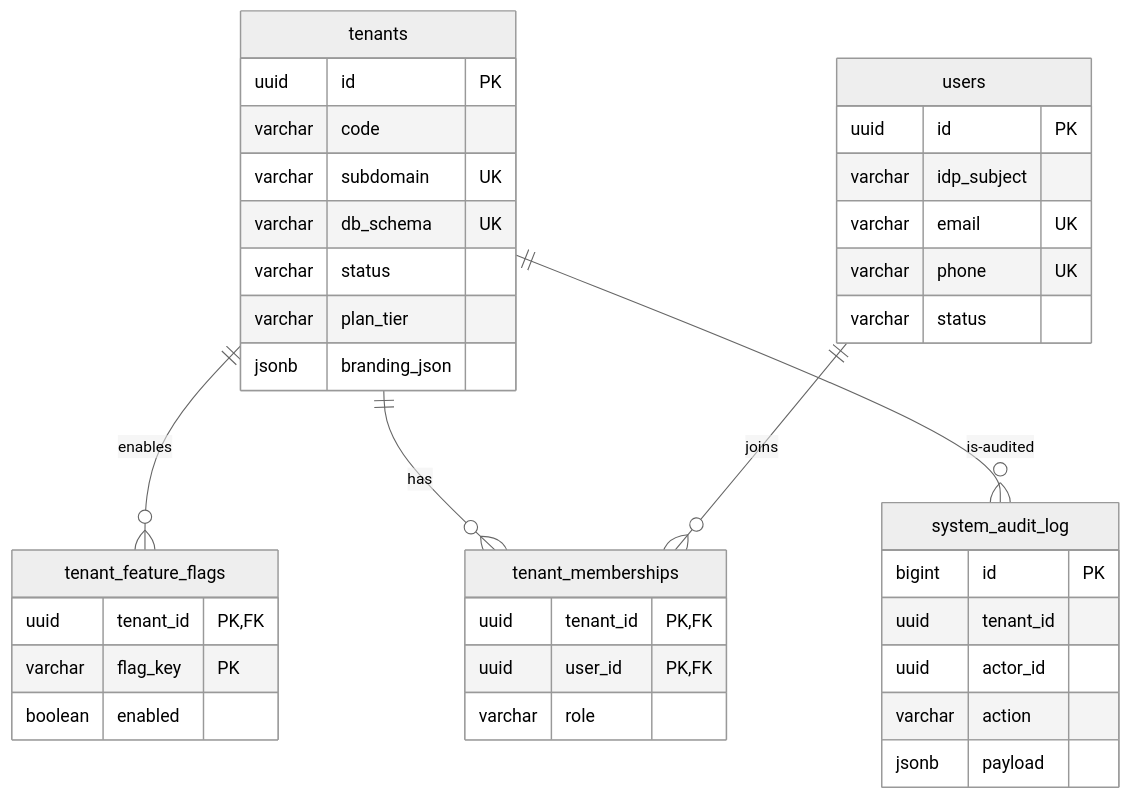
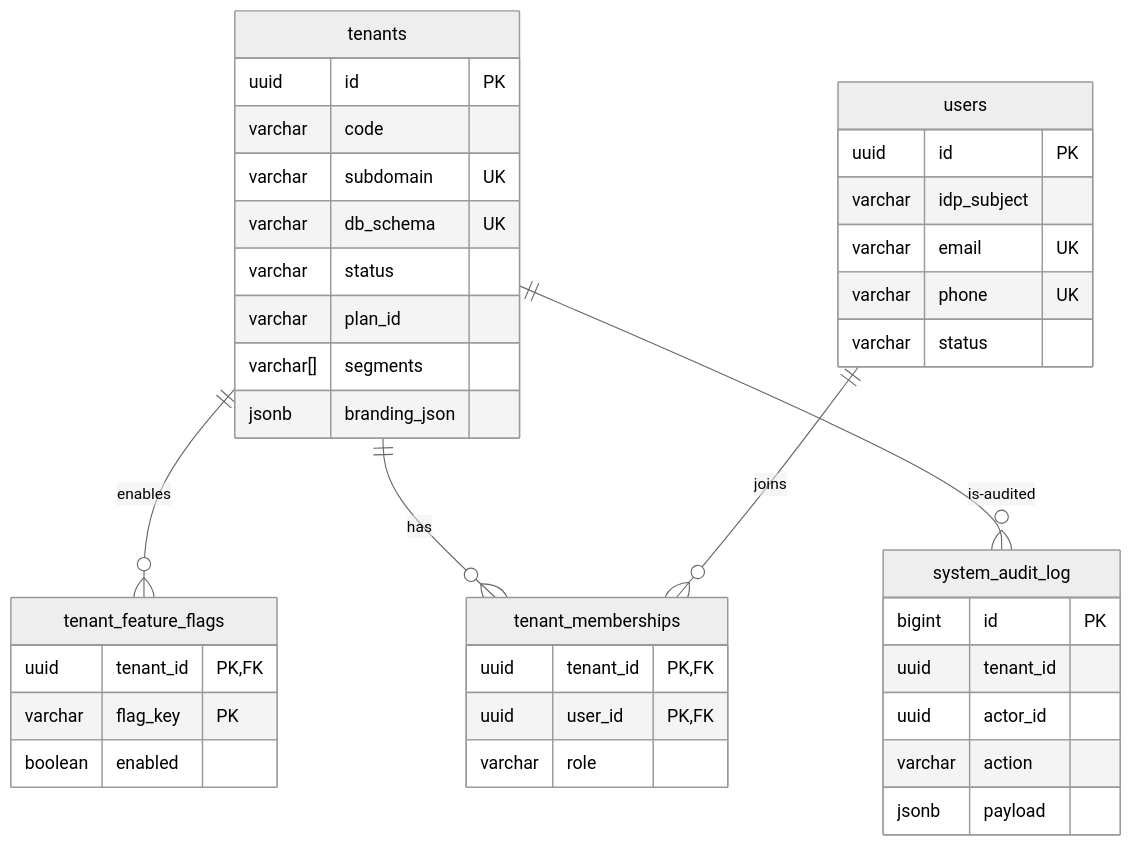
One commit to selva-aiprojects/estateflow-ai changed the first of 11 diagrams in docs/database-schema.md. Above: the diagram before and after it, drawn with Mermaid (neutral theme). The commit also changed other lines of this file and 37 other files, not shown here.

````diff
--- a/docs/database-schema.md
+++ b/docs/database-schema.md
@@ -27,41 +27,42 @@
 ```mermaid
 erDiagram
     tenants ||--o{ tenant_feature_flags : "enables"
     tenants ||--o{ tenant_memberships : "has"
     users ||--o{ tenant_memberships : "joins"
     tenants ||--o{ system_audit_log : "is-audited"
 
     tenants {
         uuid id PK
         varchar code
         varchar subdomain UK
         varchar db_schema UK
         varchar status
-        varchar plan_tier
+        varchar plan_id
+        varchar[] segments
         jsonb branding_json
     }
     tenant_feature_flags {
         uuid tenant_id PK,FK
         varchar flag_key PK
         boolean enabled
     }
     users {
         uuid id PK
         varchar idp_subject
         varchar email UK
         varchar phone UK
         varchar status
     }
     tenant_memberships {
         uuid tenant_id PK,FK
         uuid user_id PK,FK
         varchar role
     }
     system_audit_log {
         bigint id PK
         uuid tenant_id
         uuid actor_id
         varchar action
         jsonb payload
     }
 ```
````
